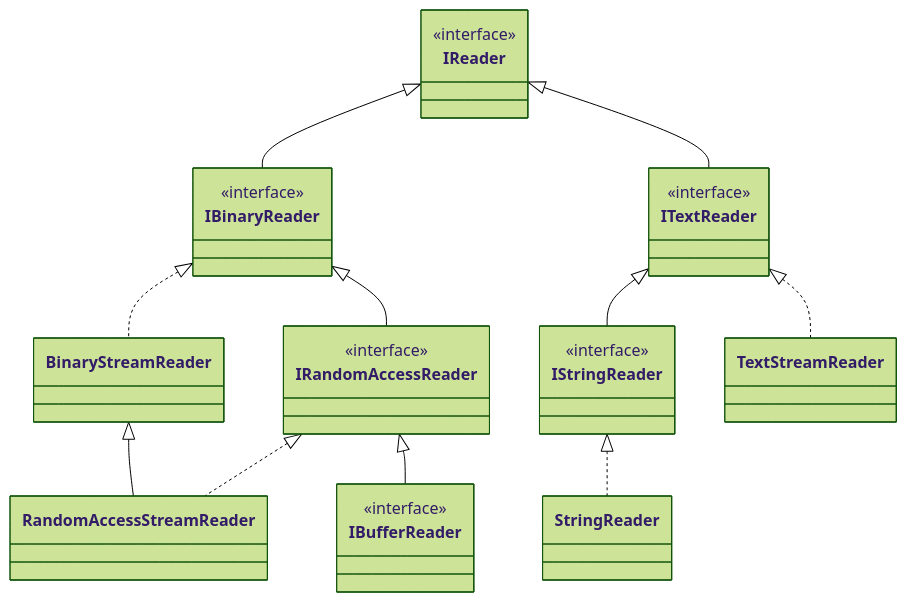
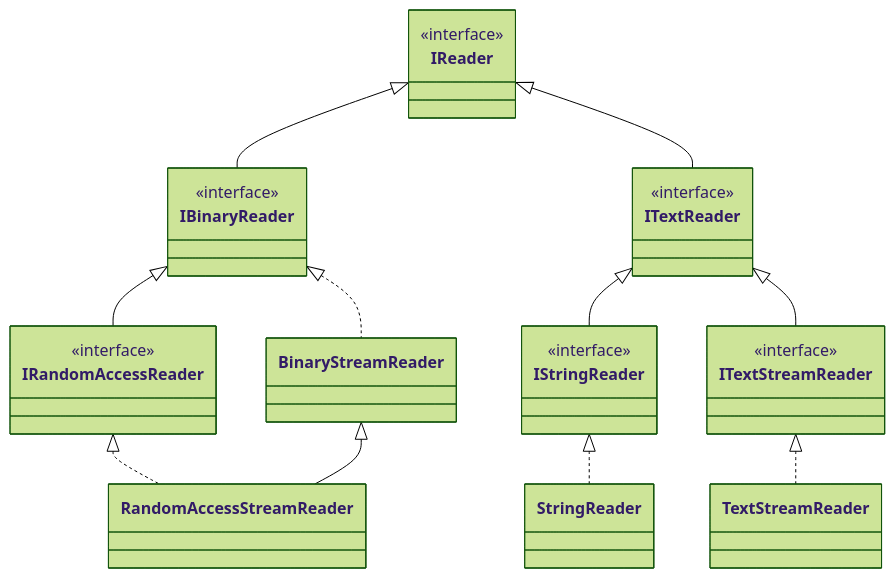
Before and after one commit to dzAdel/easyLib: the diagram in spec/easyLib.Core/Readers.md, drawn with Mermaid (forest theme). The commit also changed other lines of this file and 2 other files, not shown here.

First line of the commit message:
Add IReadOnlyBuffer interface and enhance stream readers

````diff
--- a/spec/easyLib.Core/Readers.md
+++ b/spec/easyLib.Core/Readers.md
@@ -1,23 +1,23 @@
 ```mermaid
 classDiagram 
 class IReader {<<interface>>}
 class IBinaryReader {<<interface>>}
 class IRandomAccessReader {<<interface>>}
-class IBufferReader {<<interface>>}
 class BinaryStreamReader
 class RandomAccessStreamReader
 class ITextReader {<<interface>>}
+class ITextStreamReader {<<interface>>}
 class TextStreamReader
 class IStringReader {<<interface>>}
 class StringReader
 IBinaryReader <|.. BinaryStreamReader
 IRandomAccessReader <|.. RandomAccessStreamReader
 IReader <|--IBinaryReader
 IBinaryReader <|-- IRandomAccessReader
-IRandomAccessReader <|-- IBufferReader
 BinaryStreamReader <|-- RandomAccessStreamReader
 IReader <|-- ITextReader
 ITextReader <|-- IStringReader
-ITextReader <|.. TextStreamReader
+ITextReader <|-- ITextStreamReader
 IStringReader <|.. StringReader
+ITextStreamReader <|.. TextStreamReader
 ```
````
